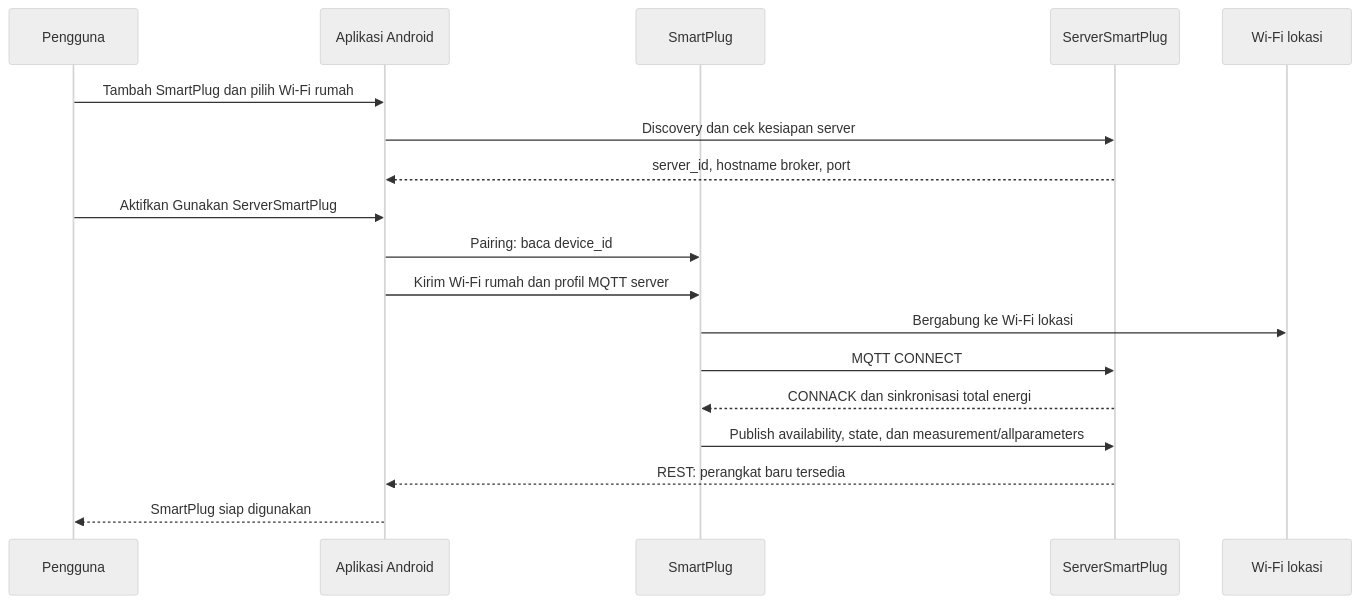
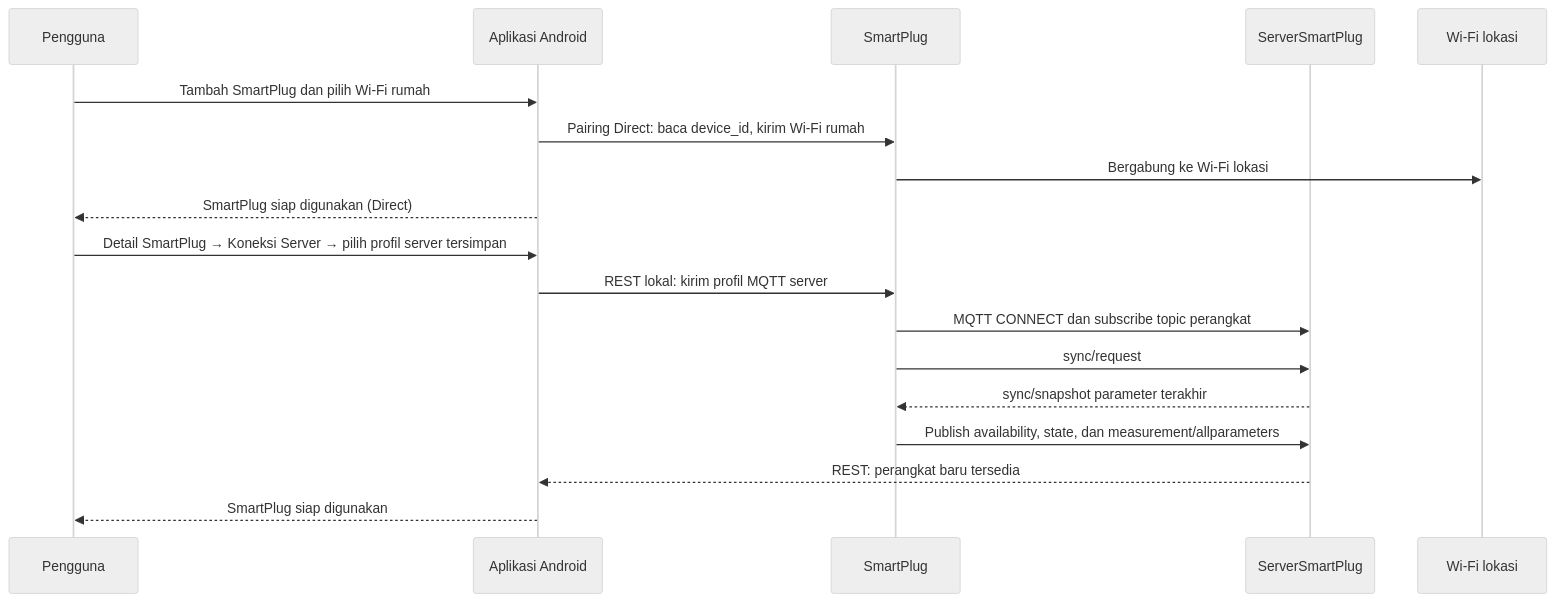
Before and after one commit to fadlurrahmanf/SmartPlug: the fifth of 5 diagrams in SmartPlug/docs/design.md, drawn with Mermaid (neutral theme). The commit also changed other lines of this file and 110 other files, not shown here.

````diff
--- a/SmartPlug/docs/design.md
+++ b/SmartPlug/docs/design.md
@@ -662,21 +812,21 @@
 ```mermaid
 sequenceDiagram
     participant U as Pengguna
     participant A as Aplikasi Android
     participant P as SmartPlug
     participant S as ServerSmartPlug
     participant W as Wi-Fi lokasi
 
     U->>A: Tambah SmartPlug dan pilih Wi-Fi rumah
-    A->>S: Discovery dan cek kesiapan server
-    S-->>A: server_id, hostname broker, port
-    U->>A: Aktifkan Gunakan ServerSmartPlug
-    A->>P: Pairing: baca device_id
-    A->>P: Kirim Wi-Fi rumah dan profil MQTT server
+    A->>P: Pairing Direct: baca device_id, kirim Wi-Fi rumah
     P->>W: Bergabung ke Wi-Fi lokasi
-    P->>S: MQTT CONNECT
-    S-->>P: CONNACK dan sinkronisasi total energi
+    A-->>U: SmartPlug siap digunakan (Direct)
+    U->>A: Detail SmartPlug → Koneksi Server → pilih profil server tersimpan
+    A->>P: REST lokal: kirim profil MQTT server
+    P->>S: MQTT CONNECT dan subscribe topic perangkat
+    P->>S: sync/request
+    S-->>P: sync/snapshot parameter terakhir
     P->>S: Publish availability, state, dan measurement/allparameters
     S-->>A: REST: perangkat baru tersedia
     A-->>U: SmartPlug siap digunakan
 ```
````
